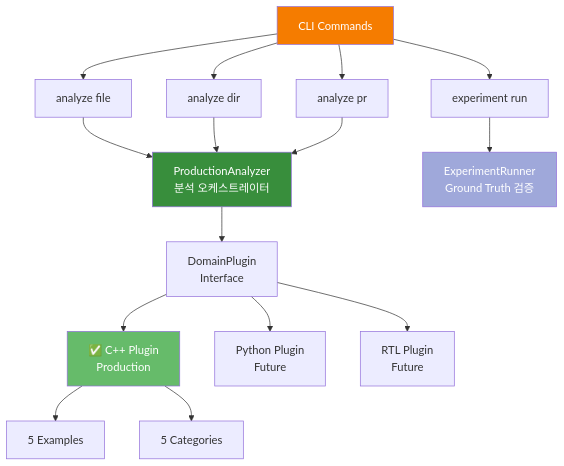
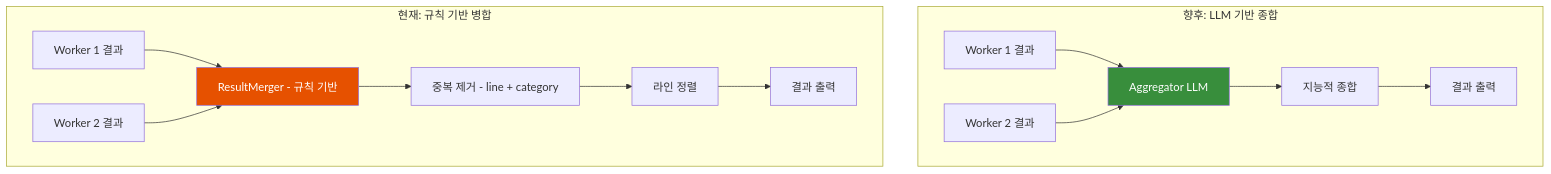
One commit to ApeachM/llm-code-reviewer changed the sixth of 32 diagrams in PRESENTATION.md. Above: the diagram before and after it, drawn with Mermaid. The commit also changed other lines of this file and 1 other file, not shown here.

First line of the commit message:
docs: Expand "CLAUDE.md" with linting and formatting guidelines, architecture updates, and technique details

````diff
--- a/PRESENTATION.md
+++ b/PRESENTATION.md
@@ -471,28 +324,21 @@
 ```mermaid
 graph TB
-    CLI[CLI Commands]
-    CLI --> File[analyze file]
-    CLI --> Dir[analyze dir]
-    CLI --> PR[analyze pr]
-    CLI --> Exp[experiment run]
 
-    File --> PA[ProductionAnalyzer<br/>분석 오케스트레이터]
-    Dir --> PA
-    PR --> PA
+    subgraph "향후: LLM 기반 종합"
+        FW1[Worker 1 결과] --> FA[Aggregator LLM]
+        FW2[Worker 2 결과] --> FA
+        FA --> FR[지능적 종합]
+        FR --> FO[결과 출력]
+    end
 
-    PA --> Plugin[DomainPlugin<br/>Interface]
+    subgraph "현재: 규칙 기반 병합"
+        CW1[Worker 1 결과] --> CM[ResultMerger - 규칙 기반]
+        CW2[Worker 2 결과] --> CM
+        CM --> CD[중복 제거 - line + category]
+        CD --> CS[라인 정렬]
+        CS --> CO[결과 출력]
+    end
 
-    Plugin --> Cpp[✅ C++ Plugin<br/>Production]
-    Plugin --> Py[Python Plugin<br/>Future]
-    Plugin --> RTL[RTL Plugin<br/>Future]
-
-    Cpp --> Ex[5 Examples]
-    Cpp --> Cat[5 Categories]
-
-    Exp --> Runner[ExperimentRunner<br/>Ground Truth 검증]
-
-    style CLI fill:#f57c00,color:#fff
-    style PA fill:#388e3c,color:#fff
-    style Cpp fill:#66bb6a,color:#fff
-    style Runner fill:#9fa8da,color:#fff
+    style CM fill:#e65100,color:#fff
+    style FA fill:#388e3c,color:#fff
 ```
````
